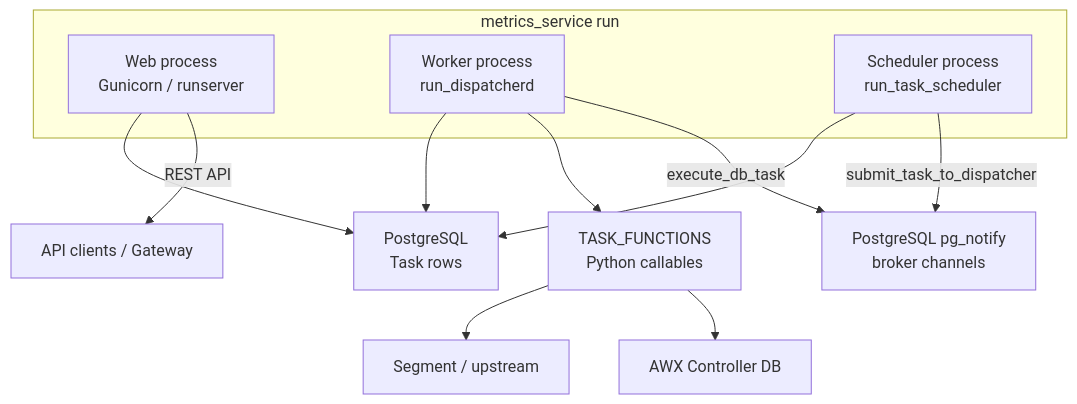
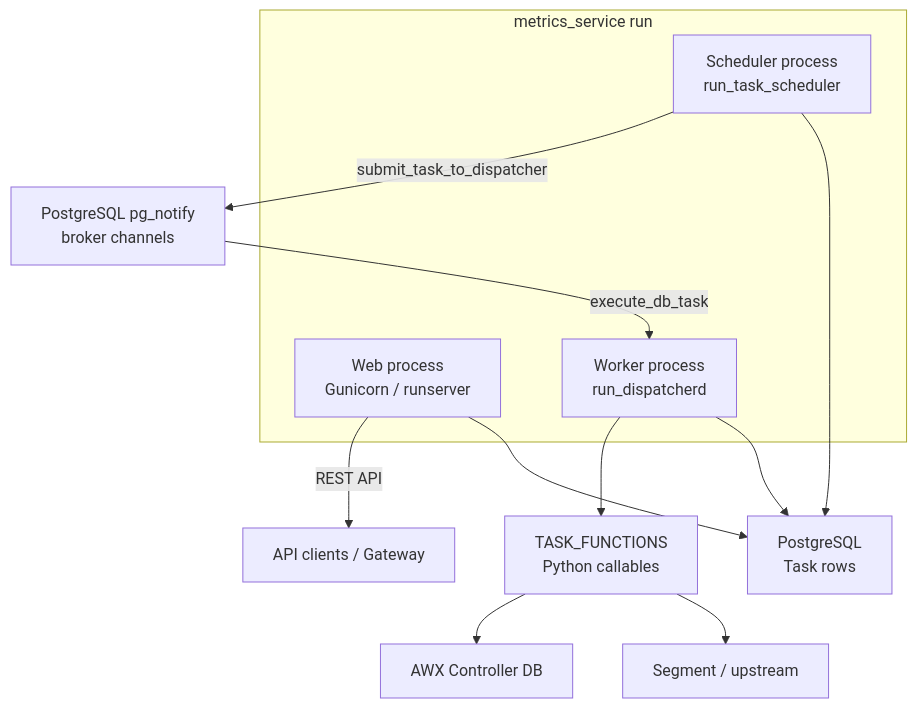
The diagram in docs/README.md (ansible/metrics-service), drawn with Mermaid before and after one commit. The commit also changed 5 other files, not shown here.

First line of the commit message:
Fix architecture doc accuracy from second review pass.

````diff
--- a/docs/README.md
+++ b/docs/README.md
@@ -12,18 +12,18 @@
 ```mermaid
 flowchart TB
     subgraph cli [metrics_service run]
         Web["Web process\nGunicorn / runserver"]
         Workers["Worker process\nrun_dispatcherd"]
         Scheduler["Scheduler process\nrun_task_scheduler"]
     end
 
     Web -->|"REST API"| APIClients["API clients / Gateway"]
     Scheduler -->|"submit_task_to_dispatcher"| Broker["PostgreSQL pg_notify\nbroker channels"]
-    Workers -->|"execute_db_task"| Broker
+    Broker -->|"execute_db_task"| Workers
     Workers --> TASK_FUNCS["TASK_FUNCTIONS\nPython callables"]
     Scheduler --> DB["PostgreSQL\nTask rows"]
     Workers --> DB
     Web --> DB
     TASK_FUNCS --> AWX["AWX Controller DB"]
     TASK_FUNCS --> Segment["Segment / upstream"]
 ```
````
